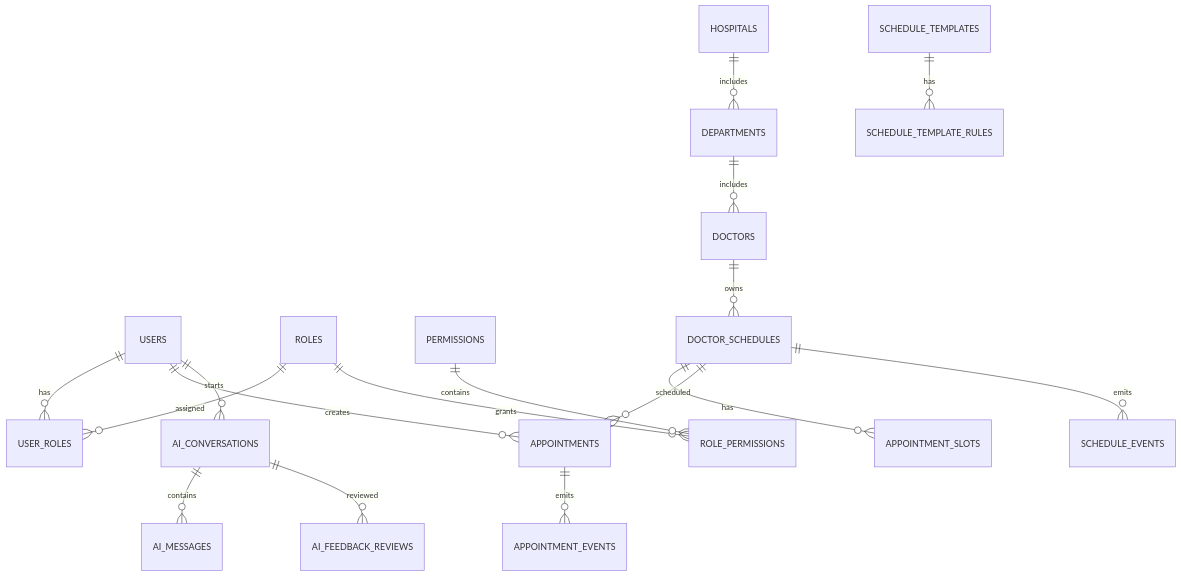
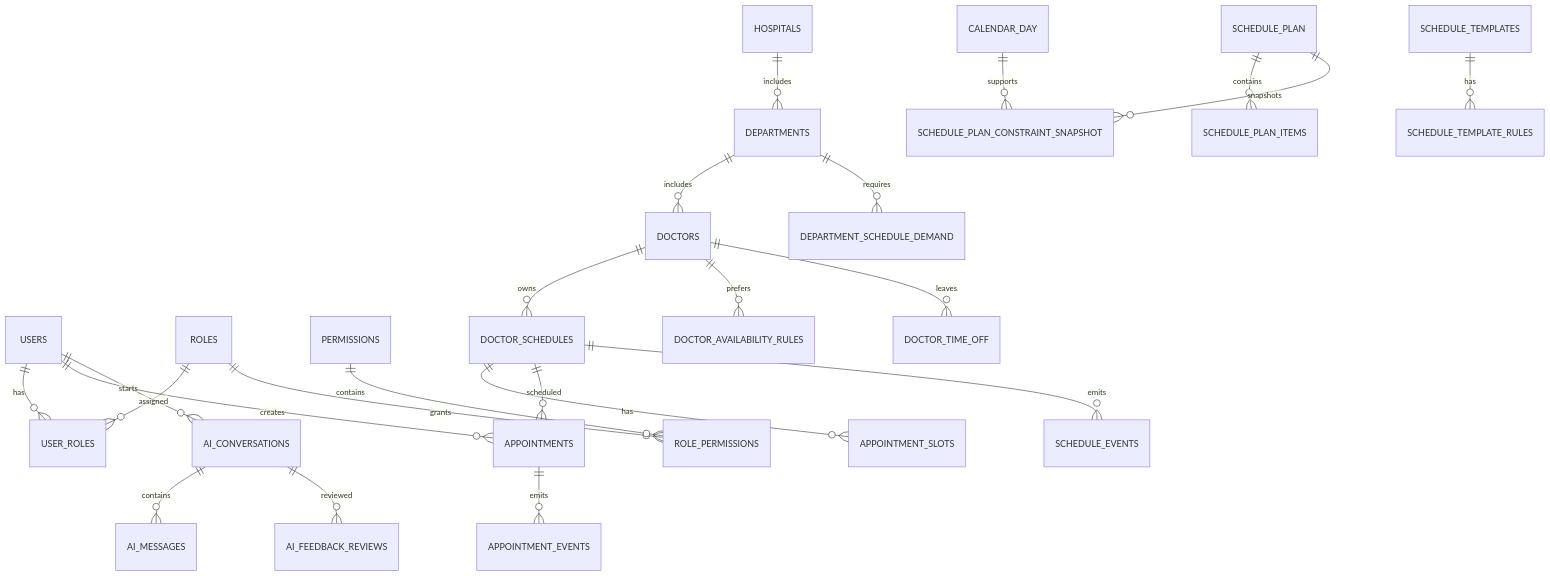
The diagram in docs/07-DATABASE.md (JianwenShaw/MediAskDocs), drawn with Mermaid before and after one commit. The commit also changed other lines of this file and 4 other files, not shown here.

````diff
--- a/docs/07-DATABASE.md
+++ b/docs/07-DATABASE.md
@@ -15,23 +15,30 @@
 ```mermaid
 erDiagram
     USERS ||--o{ USER_ROLES : has
     ROLES ||--o{ USER_ROLES : assigned
     ROLES ||--o{ ROLE_PERMISSIONS : grants
     PERMISSIONS ||--o{ ROLE_PERMISSIONS : contains
 
     HOSPITALS ||--o{ DEPARTMENTS : includes
     DEPARTMENTS ||--o{ DOCTORS : includes
 
     DOCTORS ||--o{ DOCTOR_SCHEDULES : owns
     DOCTOR_SCHEDULES ||--o{ APPOINTMENT_SLOTS : has
     DOCTOR_SCHEDULES ||--o{ APPOINTMENTS : scheduled
     USERS ||--o{ APPOINTMENTS : creates
 
+    DEPARTMENTS ||--o{ DEPARTMENT_SCHEDULE_DEMAND : requires
+    DOCTORS ||--o{ DOCTOR_AVAILABILITY_RULES : prefers
+    DOCTORS ||--o{ DOCTOR_TIME_OFF : leaves
+    CALENDAR_DAY ||--o{ SCHEDULE_PLAN_CONSTRAINT_SNAPSHOT : supports
+    SCHEDULE_PLAN ||--o{ SCHEDULE_PLAN_ITEMS : contains
+    SCHEDULE_PLAN ||--o{ SCHEDULE_PLAN_CONSTRAINT_SNAPSHOT : snapshots
+
     SCHEDULE_TEMPLATES ||--o{ SCHEDULE_TEMPLATE_RULES : has
     APPOINTMENTS ||--o{ APPOINTMENT_EVENTS : emits
     DOCTOR_SCHEDULES ||--o{ SCHEDULE_EVENTS : emits
 
     USERS ||--o{ AI_CONVERSATIONS : starts
     AI_CONVERSATIONS ||--o{ AI_MESSAGES : contains
     AI_CONVERSATIONS ||--o{ AI_FEEDBACK_REVIEWS : reviewed
 ```
````
